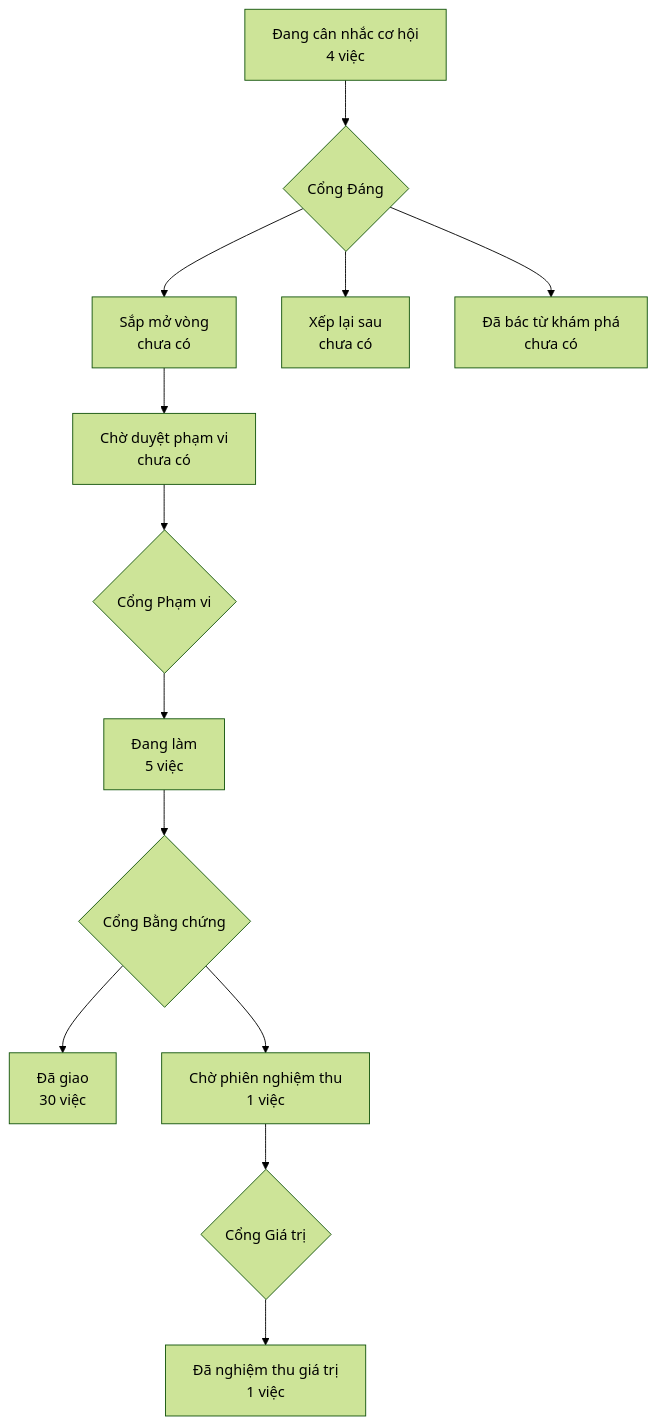
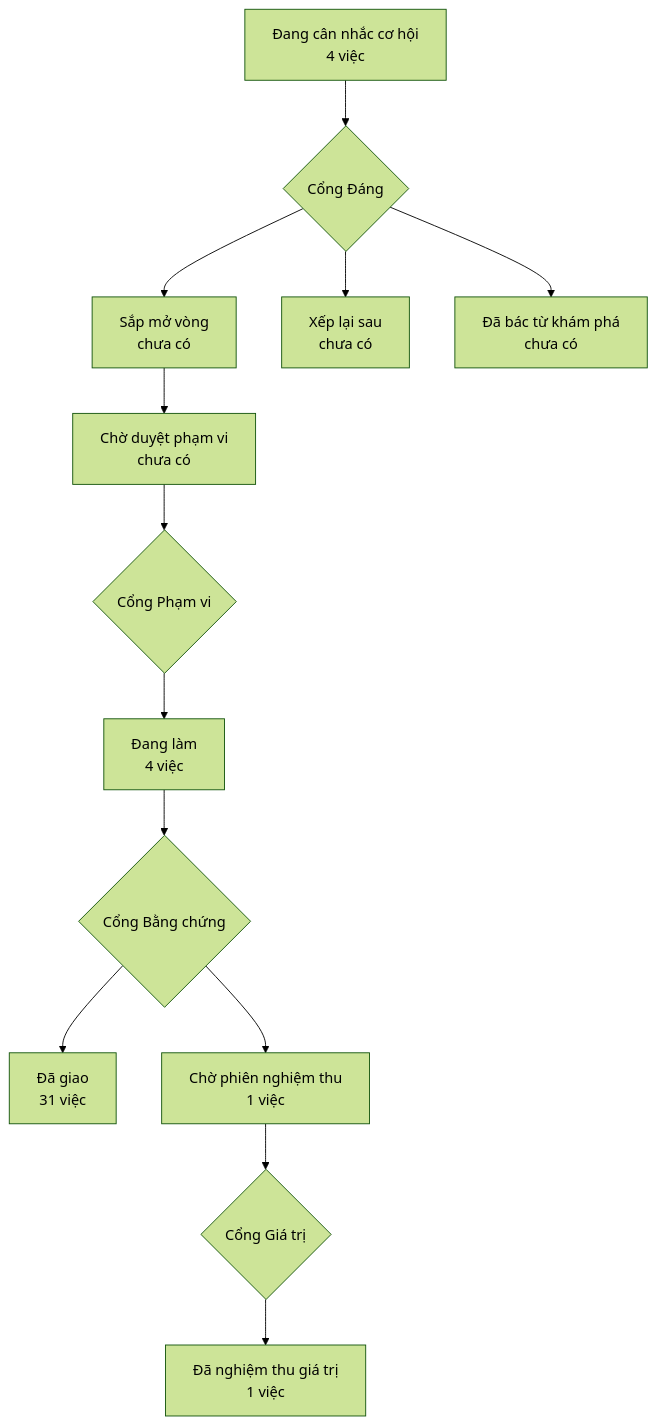
One commit to phanlemanh/crm-onehub changed the diagram in PRODUCT-MAP.md. Above: the diagram before and after it, drawn with Mermaid (forest theme). The commit also changed 3 other files, not shown here.

````diff
--- a/PRODUCT-MAP.md
+++ b/PRODUCT-MAP.md
@@ -6,12 +6,12 @@
 ```mermaid
 flowchart TD
   A["Đang cân nhắc cơ hội<br/>4 việc"] --> GD{"Cổng Đáng"}
   GD --> B["Sắp mở vòng<br/>chưa có"]
   GD --> XL["Xếp lại sau<br/>chưa có"]
   GD --> DB["Đã bác từ khám phá<br/>chưa có"]
   B --> CD["Chờ duyệt phạm vi<br/>chưa có"] --> GP{"Cổng Phạm vi"}
-  GP --> DL["Đang làm<br/>5 việc"] --> GB{"Cổng Bằng chứng"}
-  GB --> DG["Đã giao<br/>30 việc"]
+  GP --> DL["Đang làm<br/>4 việc"] --> GB{"Cổng Bằng chứng"}
+  GB --> DG["Đã giao<br/>31 việc"]
   GB --> CN["Chờ phiên nghiệm thu<br/>1 việc"] --> GG{"Cổng Giá trị"}
   GG --> NT["Đã nghiệm thu giá trị<br/>1 việc"]
 ```
````
